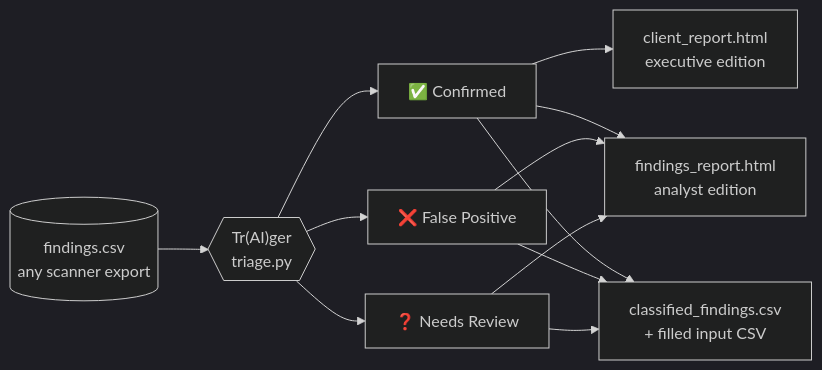
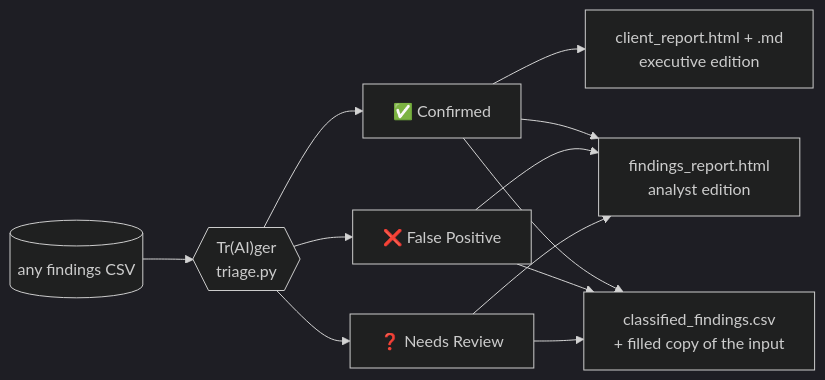
One commit to cylockholmes/Tr-AI-ger-tool changed the first of 3 diagrams in README.md. Above: the diagram before and after it, drawn with Mermaid (dark theme). The commit also changed other lines of this file and 2 other files, not shown here.

````diff
--- a/README.md
+++ b/README.md
@@ -15,10 +15,10 @@
 ```mermaid
 flowchart LR
-    CSV[("findings.csv<br/>any scanner export")] --> T{{"Tr(AI)ger<br/>triage.py"}}
+    CSV[("any findings CSV")] --> T{{"Tr(AI)ger<br/>triage.py"}}
     T --> A["✅ Confirmed"]
     T --> B["❌ False Positive"]
     T --> C["❓ Needs Review"]
-    A --> R1["client_report.html<br/>executive edition"]
+    A --> R1["client_report.html + .md<br/>executive edition"]
     A & B & C --> R2["findings_report.html<br/>analyst edition"]
-    A & B & C --> R3["classified_findings.csv<br/>+ filled input CSV"]
+    A & B & C --> R3["classified_findings.csv<br/>+ filled copy of the input"]
 ```
````
